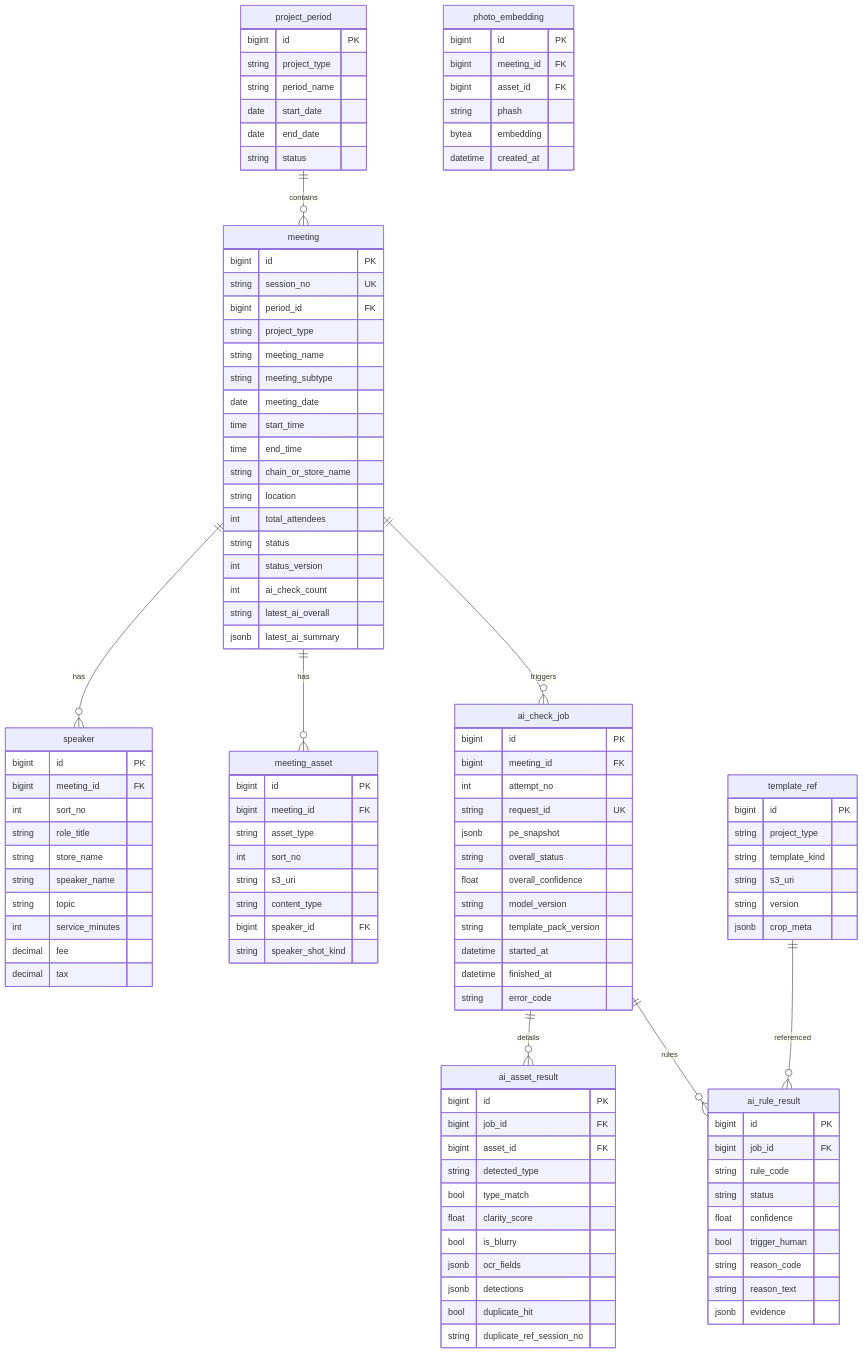
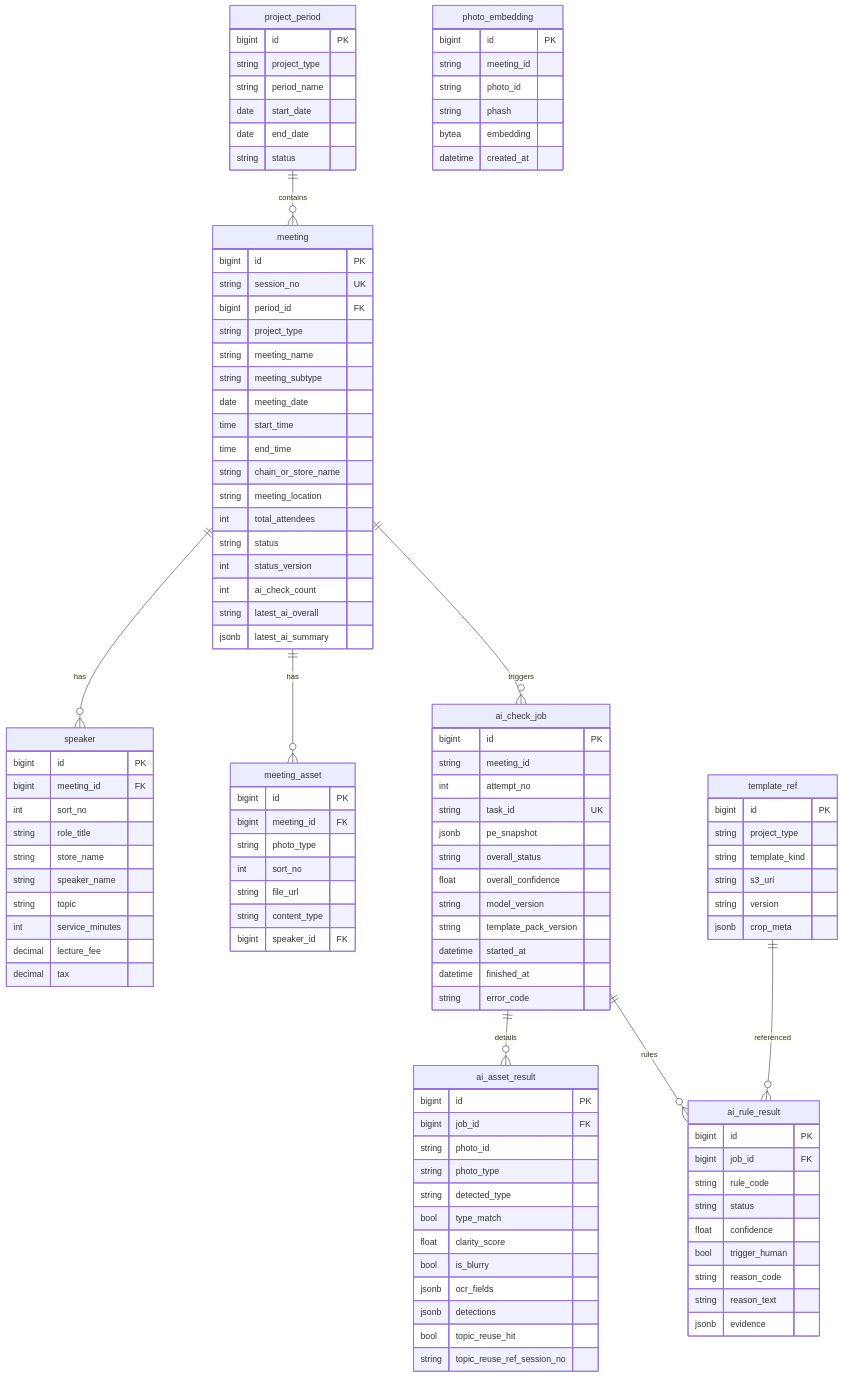
Before and after one commit to Jasterband/Retail-AI-Review: the diagram in docs/01-er-field-dictionary.md, drawn with Mermaid. The commit also changed other lines of this file and 145 other files, not shown here.

```diff
--- a/docs/01-er-field-dictionary.md
+++ b/docs/01-er-field-dictionary.md
@@ -36,7 +38,7 @@
     time start_time
     time end_time
     string chain_or_store_name
-    string location
+    string meeting_location
     int total_attendees
     string status
     int status_version
@@ -54,26 +56,25 @@
     string speaker_name
     string topic
     int service_minutes
-    decimal fee
+    decimal lecture_fee
     decimal tax
   }
 
   meeting_asset {
     bigint id PK
     bigint meeting_id FK
-    string asset_type
+    string photo_type
     int sort_no
-    string s3_uri
+    string file_url
     string content_type
     bigint speaker_id FK
-    string speaker_shot_kind
   }
 
   ai_check_job {
     bigint id PK
-    bigint meeting_id FK
+    string meeting_id
     int attempt_no
-    string request_id UK
+    string task_id UK
     jsonb pe_snapshot
     string overall_status
     float overall_confidence
@@ -87,15 +88,16 @@
   ai_asset_result {
     bigint id PK
     bigint job_id FK
-    bigint asset_id FK
+    string photo_id
+    string photo_type
     string detected_type
     bool type_match
     float clarity_score
     bool is_blurry
     jsonb ocr_fields
     jsonb detections
-    bool duplicate_hit
-    string duplicate_ref_session_no
+    bool topic_reuse_hit
+    string topic_reuse_ref_session_no
   }
 
   ai_rule_result {
@@ -121,8 +123,8 @@
 
   photo_embedding {
     bigint id PK
-    bigint meeting_id FK
-    bigint asset_id FK
+    string meeting_id
+    string photo_id
     string phash
     bytea embedding
     datetime created_at
```
